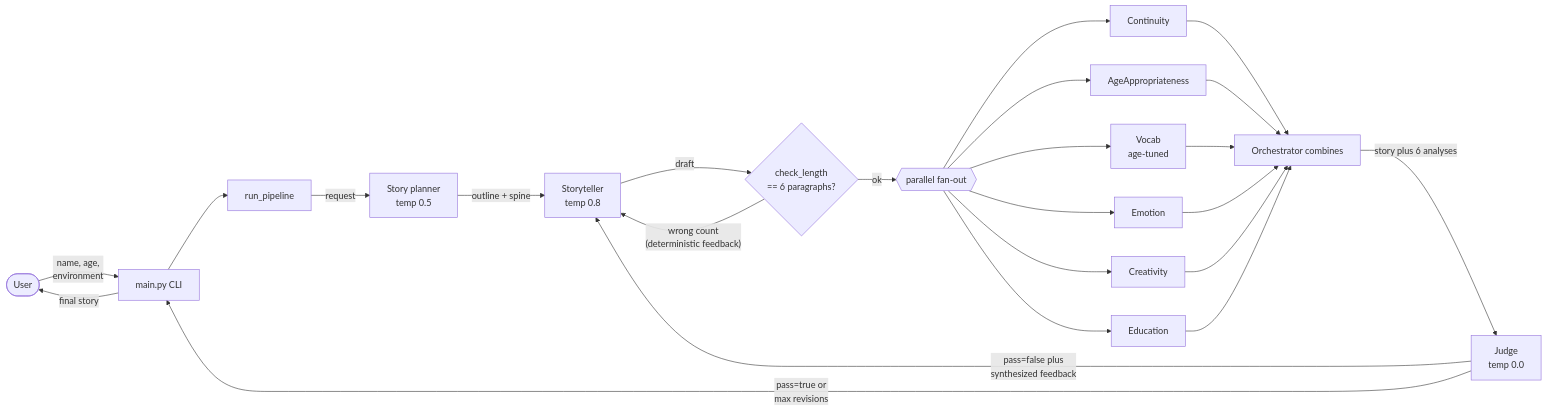
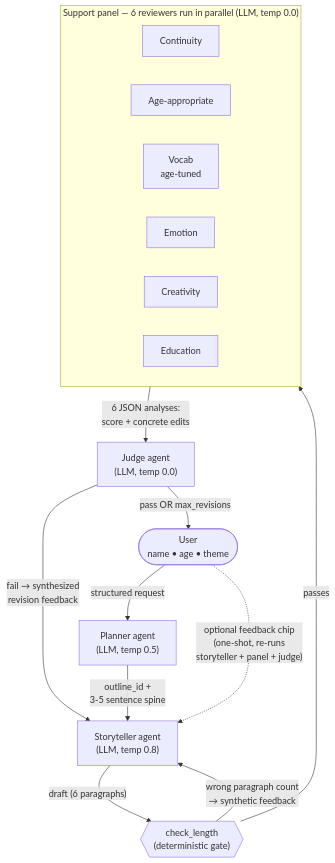
The diagram in README.md (rani-mdes/hippocratic-assignment), drawn with Mermaid before and after one commit. The commit also changed other lines of this file and 9 other files, not shown here.

````diff
--- a/README.md
+++ b/README.md
@@ -73,26 +86,27 @@
 ```mermaid
-flowchart LR
-    User([User]) -->|"name, age,<br/>environment"| CLI[main.py CLI]
-    CLI --> Pipeline[run_pipeline]
-    Pipeline -->|"request"| Planner[Story planner<br/>temp 0.5]
-    Planner -->|"outline + spine"| Storyteller[Storyteller<br/>temp 0.8]
-    Storyteller -->|"draft"| Length{check_length<br/>== 6 paragraphs?}
-    Length -->|"wrong count<br/>(deterministic feedback)"| Storyteller
-    Length -->|"ok"| FanOut{{"parallel fan-out"}}
-    FanOut --> Continuity[Continuity]
-    FanOut --> AgeApp[AgeAppropriateness]
-    FanOut --> Vocab[Vocab<br/>age-tuned]
-    FanOut --> Emotion[Emotion]
-    FanOut --> Creativity[Creativity]
-    FanOut --> Education[Education]
-    Continuity --> Combine[Orchestrator combines]
-    AgeApp --> Combine
-    Vocab --> Combine
-    Emotion --> Combine
-    Creativity --> Combine
-    Education --> Combine
-    Combine -->|"story plus 6 analyses"| Judge[Judge<br/>temp 0.0]
-    Judge -->|"pass=false plus<br/>synthesized feedback"| Storyteller
-    Judge -->|"pass=true or<br/>max revisions"| CLI
-    CLI -->|"final story"| User
+flowchart TD
+    User([User<br/>name • age • theme])
+
+    User -->|"structured request"| Planner["Planner agent<br/>(LLM, temp 0.5)"]
+    Planner -->|"outline_id +<br/>3-5 sentence spine"| Storyteller["Storyteller agent<br/>(LLM, temp 0.8)"]
+    Storyteller -->|"draft (6 paragraphs)"| Length{{"check_length<br/>(deterministic gate)"}}
+
+    Length -- "wrong paragraph count<br/>→ synthetic feedback" --> Storyteller
+    Length -- "passes" --> Panel
+
+    subgraph Panel["Support panel — 6 reviewers run in parallel (LLM, temp 0.0)"]
+        direction LR
+        R1[Continuity]
+        R2[Age-appropriate]
+        R3[Vocab<br/>age-tuned]
+        R4[Emotion]
+        R5[Creativity]
+        R6[Education]
+    end
+
+    Panel -->|"6 JSON analyses:<br/>score + concrete edits"| Judge["Judge agent<br/>(LLM, temp 0.0)"]
+    Judge -- "fail → synthesized<br/>revision feedback" --> Storyteller
+    Judge -- "pass OR max_revisions" --> User
+
+    User -. "optional feedback chip<br/>(one-shot, re-runs<br/>storyteller + panel + judge)" .-> Storyteller
 ```
````
